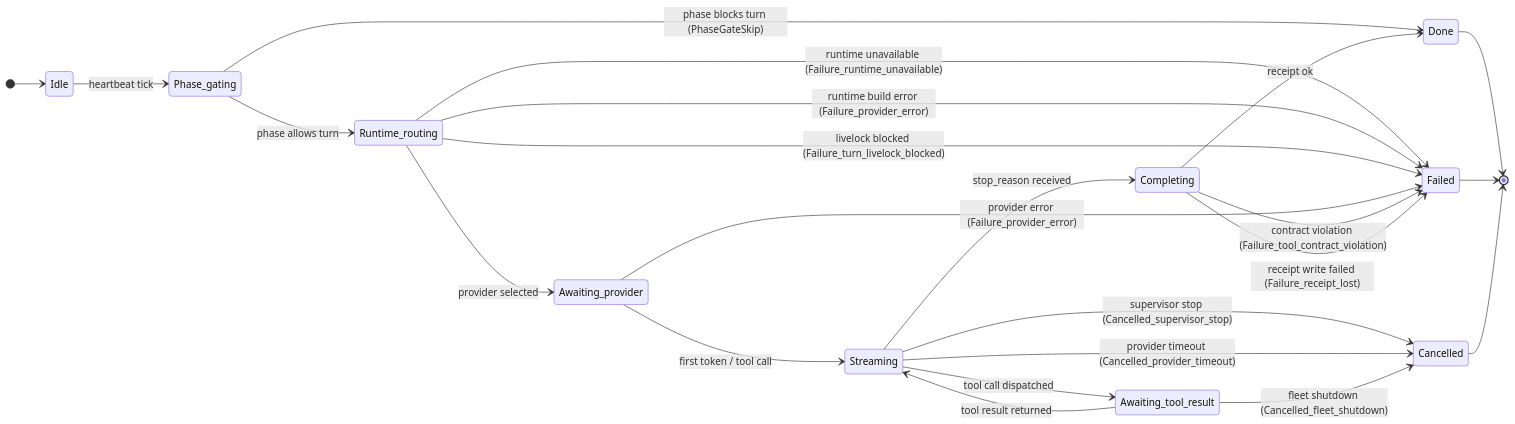
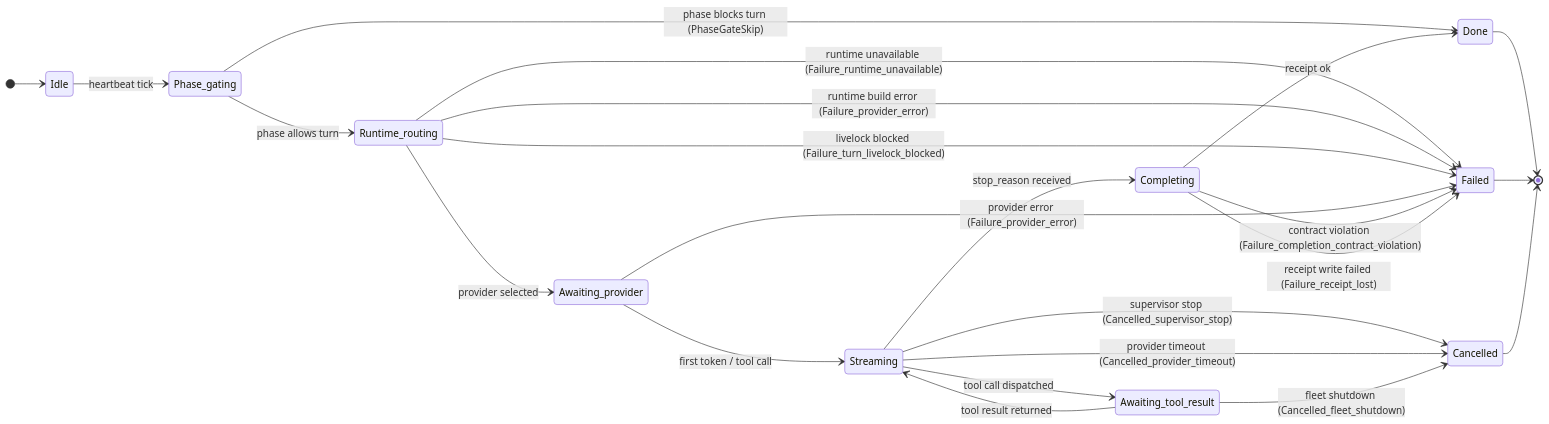
One commit to jeong-sik/masc changed the fifth of 5 diagrams in docs/keeper-turn-lifecycle.md. Above: the diagram before and after it, drawn with Mermaid. The commit also changed other lines of this file and 14 other files, not shown here.

Commit message:
docs(keeper): align completion contract wording (#20000)

````diff
--- a/docs/keeper-turn-lifecycle.md
+++ b/docs/keeper-turn-lifecycle.md
@@ -200,26 +200,26 @@
 ```mermaid
 stateDiagram-v2
     direction LR
     [*] --> Idle
     Idle --> Phase_gating: heartbeat tick
     Phase_gating --> Done: phase blocks turn (PhaseGateSkip)
     Phase_gating --> Runtime_routing: phase allows turn
     Runtime_routing --> Failed: runtime unavailable (Failure_runtime_unavailable)
     Runtime_routing --> Failed: runtime build error (Failure_provider_error)
     Runtime_routing --> Failed: livelock blocked (Failure_turn_livelock_blocked)
     Runtime_routing --> Awaiting_provider: provider selected
     Awaiting_provider --> Streaming: first token / tool call
     Awaiting_provider --> Failed: provider error (Failure_provider_error)
     Streaming --> Awaiting_tool_result: tool call dispatched
     Awaiting_tool_result --> Streaming: tool result returned
     Streaming --> Completing: stop_reason received
     Completing --> Done: receipt ok
-    Completing --> Failed: contract violation (Failure_tool_contract_violation)
+    Completing --> Failed: contract violation (Failure_completion_contract_violation)
     Completing --> Failed: receipt write failed (Failure_receipt_lost)
     Streaming --> Cancelled: supervisor stop (Cancelled_supervisor_stop)
     Streaming --> Cancelled: provider timeout (Cancelled_provider_timeout)
     Awaiting_tool_result --> Cancelled: fleet shutdown (Cancelled_fleet_shutdown)
     Done --> [*]
     Failed --> [*]
     Cancelled --> [*]
 ```
````
